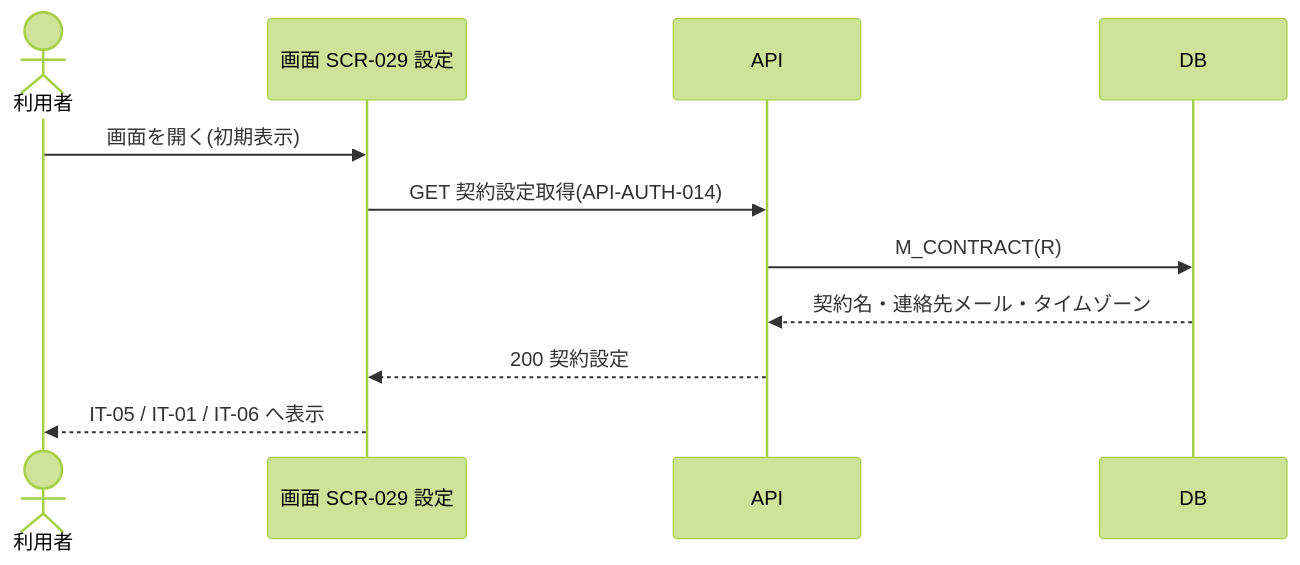
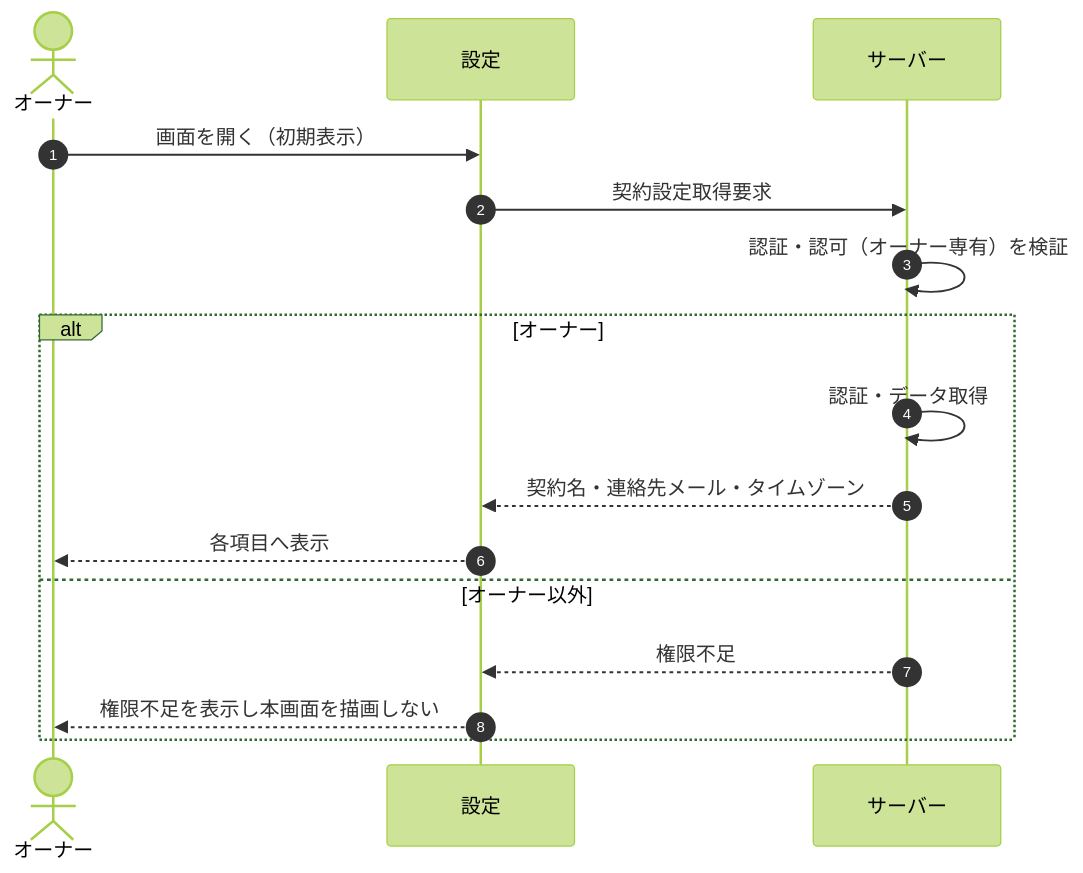
Before and after one commit to sikakou54/open-faq: the diagram in 02_basic_design/05_sequences/SEQ-085.md, drawn with Mermaid (forest theme). The commit also changed other lines of this file and 108 other files, not shown here.

First line of the commit message:
基本設計: シーケンス図を基本設計粒度(ユーザー/画面/サーバー)へ再編成

````diff
--- a/02_basic_design/05_sequences/SEQ-085.md
+++ b/02_basic_design/05_sequences/SEQ-085.md
@@ -25,13 +32,18 @@
 ```mermaid
 sequenceDiagram
-  actor U as 利用者
-  participant S as 画面 SCR-029 設定
-  participant API as API
-  participant DB as DB
-  U->>S: 画面を開く(初期表示)
-  S->>API: GET 契約設定取得(API-AUTH-014)
-  API->>DB: M_CONTRACT(R)
-  DB-->>API: 契約名・連絡先メール・タイムゾーン
-  API-->>S: 200 契約設定
-  S-->>U: IT-05 / IT-01 / IT-06 へ表示
+  autonumber
+  actor U as オーナー
+  participant Screen as 設定
+  participant Server as サーバー
+  U->>Screen: 画面を開く（初期表示）
+  Screen->>Server: 契約設定取得要求
+  Server->>Server: 認証・認可（オーナー専有）を検証
+  alt オーナー
+    Server->>Server: 認証・データ取得
+    Server-->>Screen: 契約名・連絡先メール・タイムゾーン
+    Screen-->>U: 各項目へ表示
+  else オーナー以外
+    Server-->>Screen: 権限不足
+    Screen-->>U: 権限不足を表示し本画面を描画しない
+  end
 ```
````
